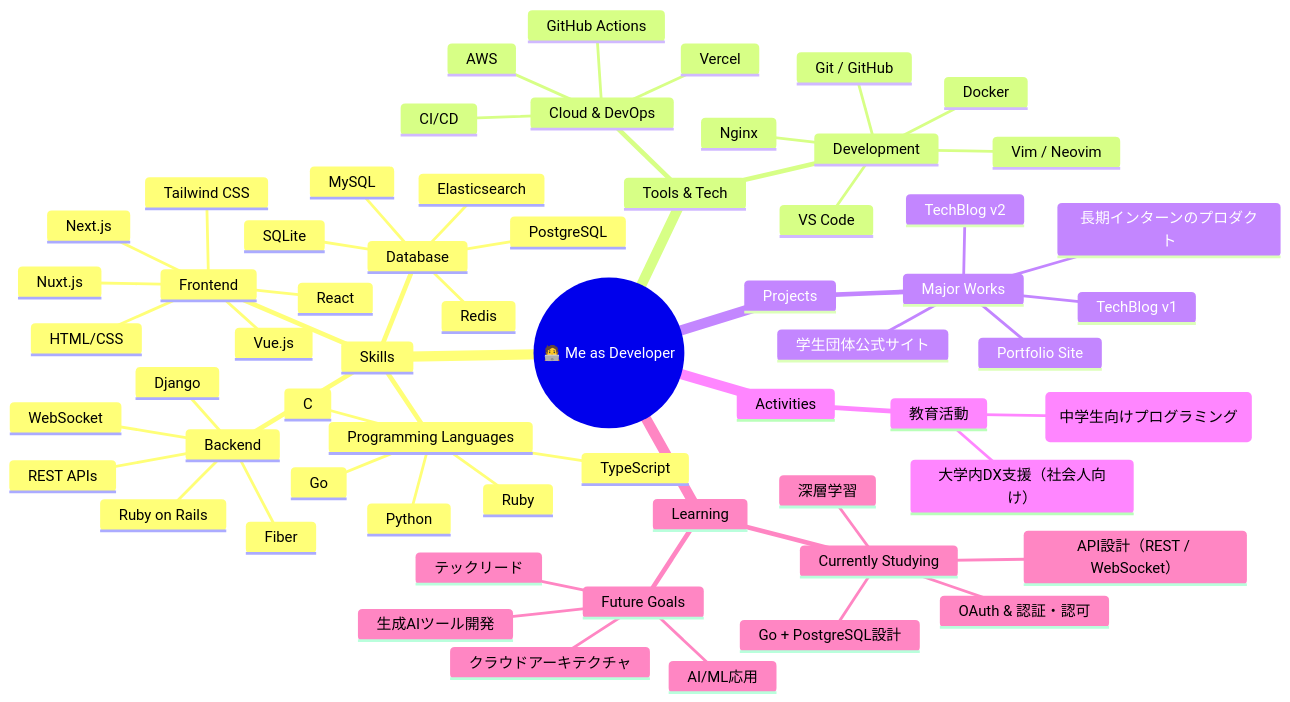
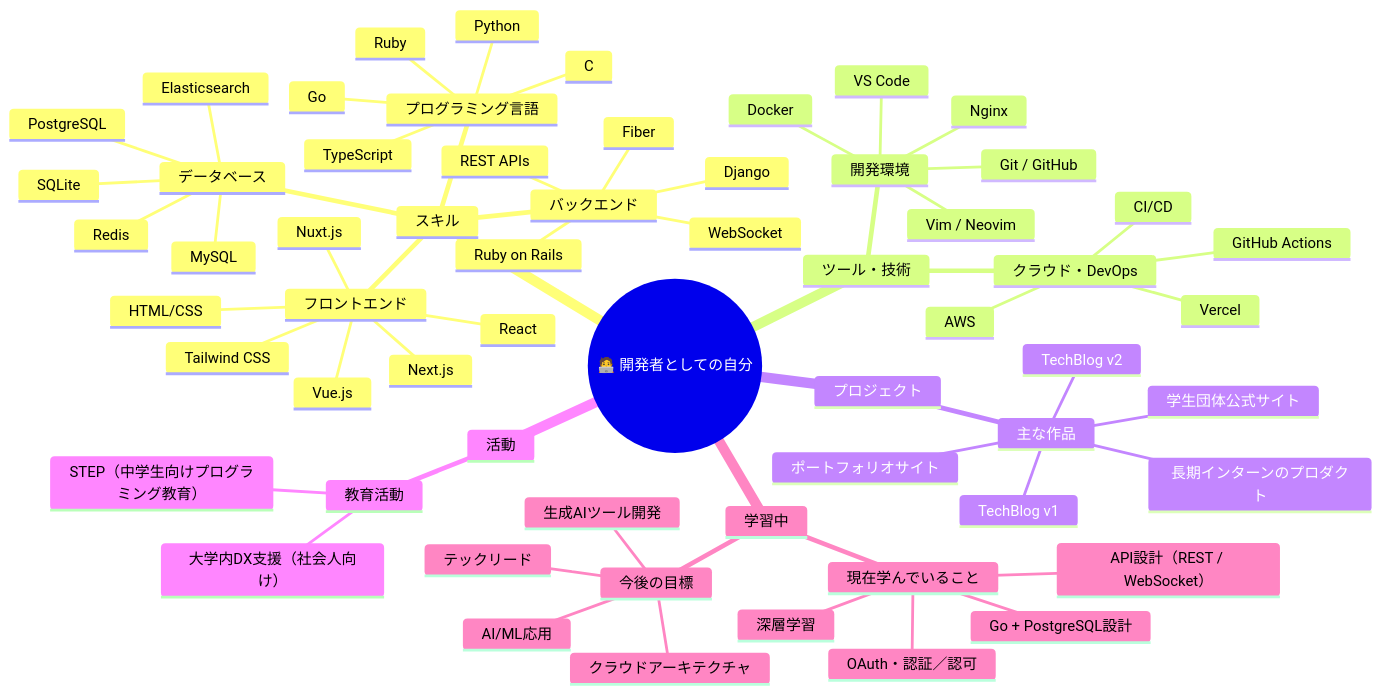
The first of 2 diagrams in content/index.md (keu-5/techblog-v2), drawn with Mermaid before and after one commit. The commit also changed other lines of this file, not shown here.

Commit message:
fix: 日本語化

````diff
--- a/content/index.md
+++ b/content/index.md
@@ -19,72 +21,72 @@
 ```mermaid
 mindmap
-  root((🧑‍💻 Me as Developer))
-    Skills
-      Programming Languages
+  root((🧑‍💻 開発者としての自分))
+    スキル
+      プログラミング言語
         ::icon(fa fa-code)
         TypeScript
         Python
         Go
         Ruby
         C
-      Frontend
+      フロントエンド
         ::icon(fa fa-laptop)
         Next.js
         Nuxt.js
         React
         Vue.js
         Tailwind CSS
         HTML/CSS
-      Backend
+      バックエンド
         ::icon(fa fa-server)
         Django
         Ruby on Rails
         REST APIs
         WebSocket
         Fiber
-      Database
+      データベース
         ::icon(fa fa-database)
         PostgreSQL
         MySQL
         SQLite
         Redis
         Elasticsearch
-    Tools & Tech
+    ツール・技術
       ::icon(fa fa-tools)
-      Development
+      開発環境
         Git / GitHub
         Docker
         VS Code
         Vim / Neovim
         Nginx
-      Cloud & DevOps
+      クラウド・DevOps
         AWS
         Vercel
         GitHub Actions
         CI/CD
-    Projects
+    プロジェクト
       ::icon(fa fa-rocket)
-      Major Works
-        Portfolio Site
+      主な作品
+        ポートフォリオサイト
         TechBlog v1
         TechBlog v2
         長期インターンのプロダクト
         学生団体公式サイト
-    Activities
+    活動
       ::icon(fa fa-users)
       教育活動
-        STEP (中学生向けプログラミング)
+        STEP（中学生向けプログラミング教育）
         大学内DX支援（社会人向け）
-    Learning
+    学習中
       ::icon(fa fa-graduation-cap)
-      Currently Studying
+      現在学んでいること
         深層学習
         Go + PostgreSQL設計
-        OAuth & 認証・認可
+        OAuth・認証／認可
         API設計（REST / WebSocket）
-      Future Goals
+      今後の目標
         テックリード
         AI/ML応用
         生成AIツール開発
         クラウドアーキテクチャ
 ```
````
